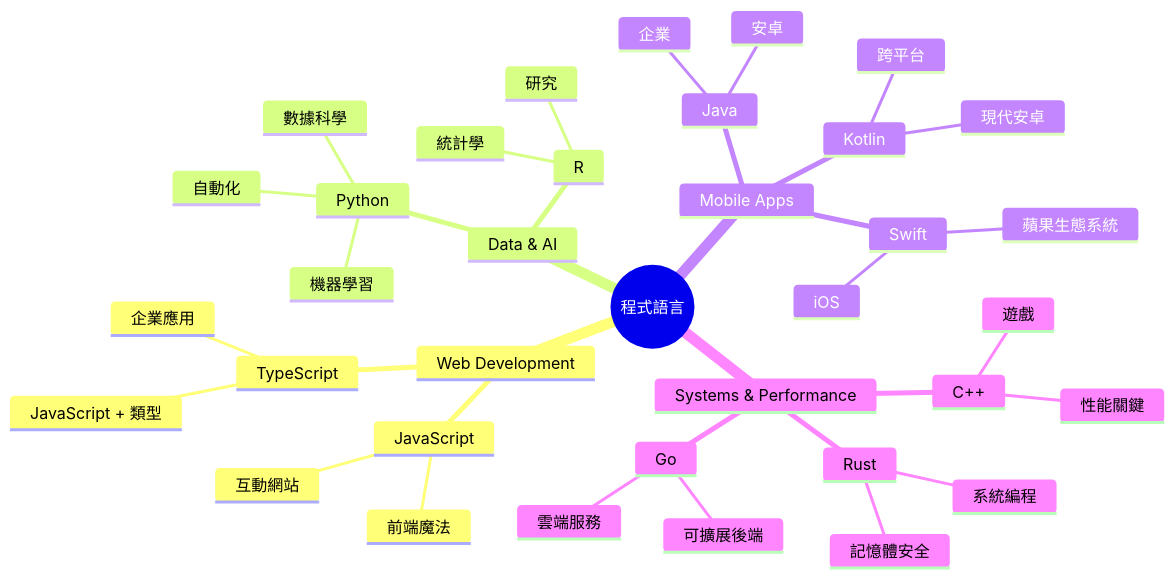
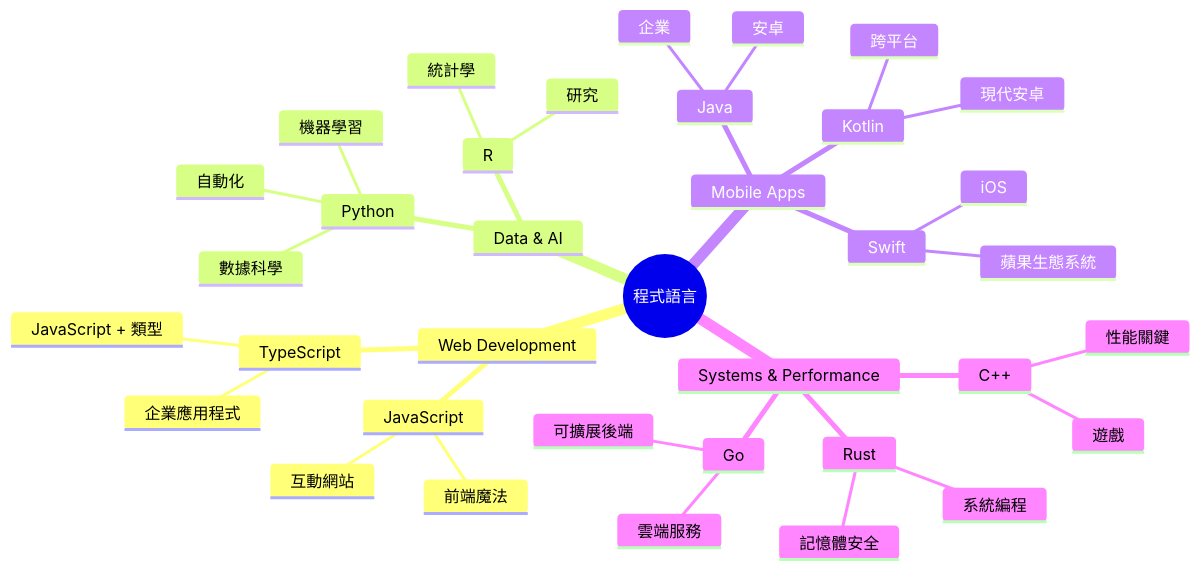
The second of 7 diagrams in translations/zh-HK/1-getting-started-lessons/1-intro-to-programming-languages/README.md (microsoft/Web-Dev-For-Beginners), drawn with Mermaid before and after one commit. The commit also changed other lines of this file and 11 other files, not shown here.

````diff
--- a/translations/zh-HK/1-getting-started-lessons/1-intro-to-programming-languages/README.md
+++ b/translations/zh-HK/1-getting-started-lessons/1-intro-to-programming-languages/README.md
@@ -85,39 +85,39 @@
 ```mermaid
 mindmap
   root((程式語言))
     Web Development
       JavaScript
         前端魔法
         互動網站
       TypeScript
         JavaScript + 類型
-        企業應用
+        企業應用程式
     Data & AI
       Python
         數據科學
         機器學習
         自動化
       R
         統計學
         研究
     Mobile Apps
       Java
         安卓
         企業
       Swift
         iOS
         蘋果生態系統
       Kotlin
         現代安卓
         跨平台
     Systems & Performance
       C++
         遊戲
         性能關鍵
       Rust
         記憶體安全
         系統編程
       Go
         雲端服務
         可擴展後端
 ```
````
